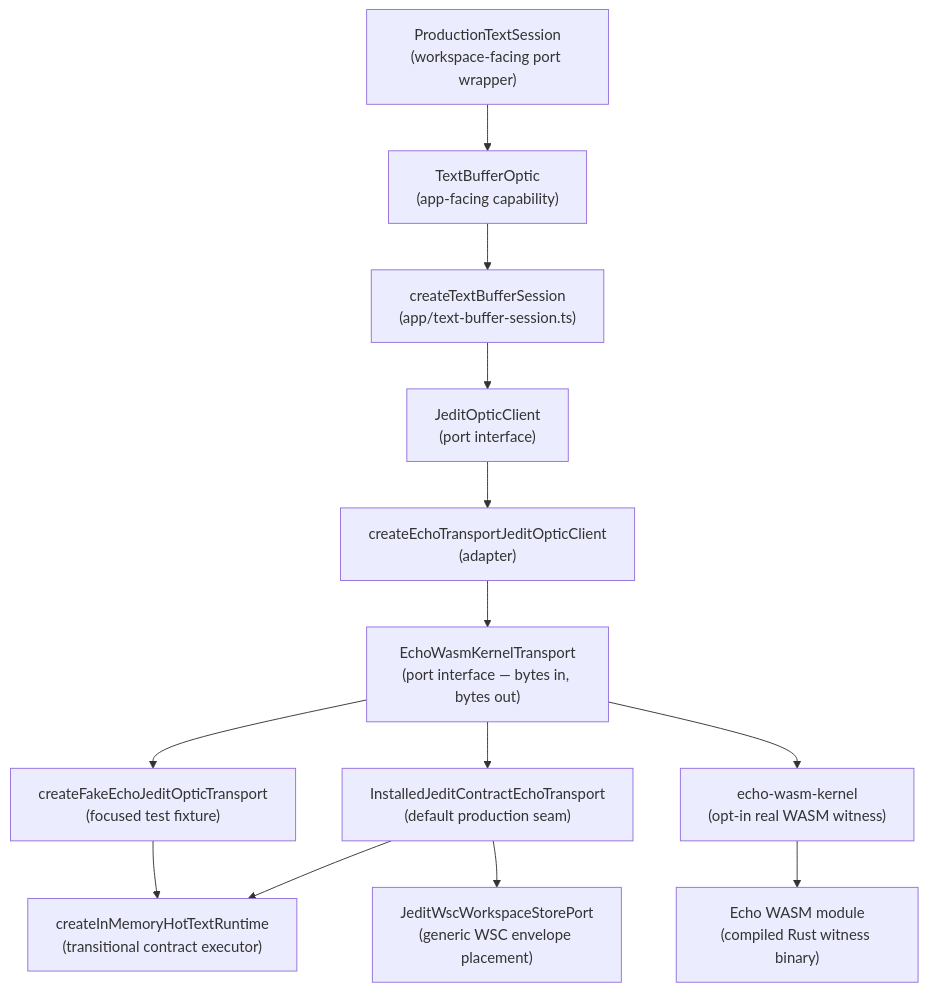
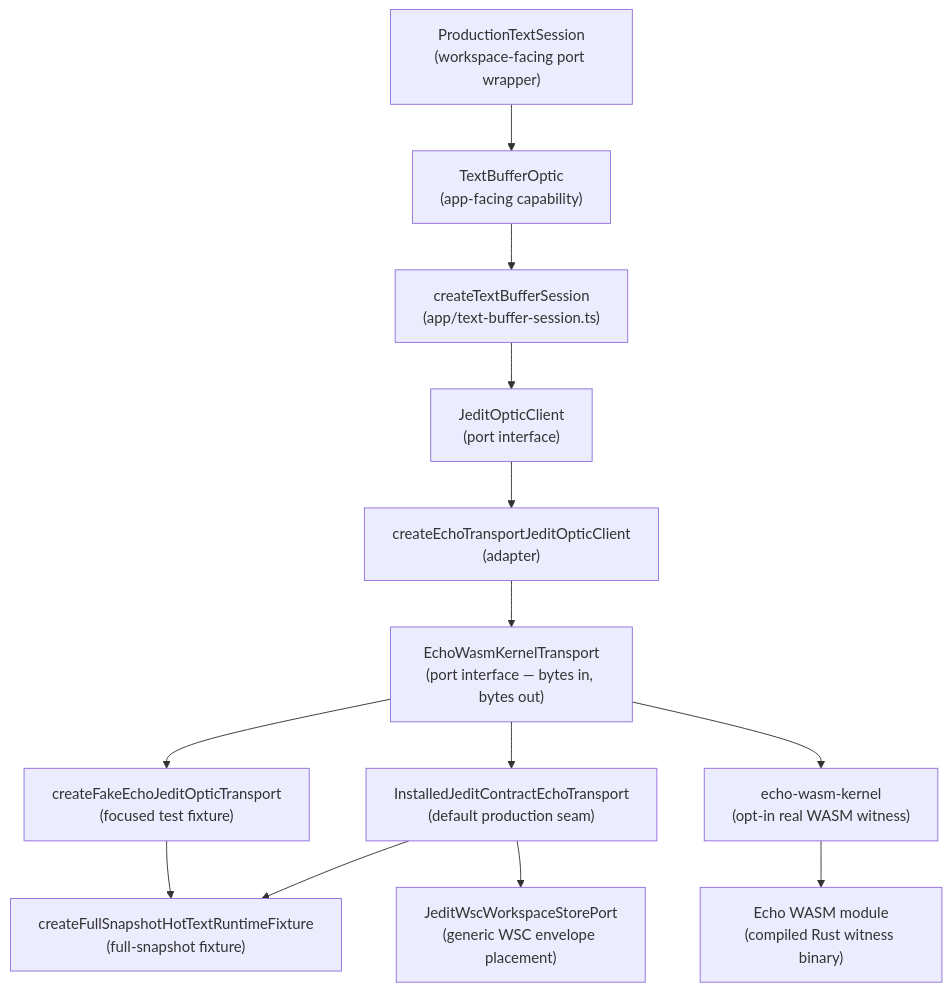
Diagram 16 of 22 in docs/technical-teardown.md (flyingrobots/jedit), drawn with Mermaid before and after one commit. The commit also changed other lines of this file and 29 other files, not shown here.

Commit message:
Fix: quarantine full snapshot text runtime

````diff
--- a/docs/technical-teardown.md
+++ b/docs/technical-teardown.md
@@ -1317,28 +1317,28 @@
 ```mermaid
 graph TD
     PROD["ProductionTextSession<br />(workspace-facing port wrapper)"]
     OPTIC["TextBufferOptic<br />(app-facing capability)"]
     SESSION["createTextBufferSession<br />(app/text-buffer-session.ts)"]
     CLIENT["JeditOpticClient<br />(port interface)"]
     TRANSPORT_CLIENT["createEchoTransportJeditOpticClient<br />(adapter)"]
     TRANSPORT["EchoWasmKernelTransport<br />(port interface — bytes in, bytes out)"]
     INSTALLED["InstalledJeditContractEchoTransport<br />(default production seam)"]
     FAKE["createFakeEchoJeditOpticTransport<br />(focused test fixture)"]
     WITNESS["echo-wasm-kernel<br />(opt-in real WASM witness)"]
-    HOT["createInMemoryHotTextRuntime<br />(transitional contract executor)"]
+    HOT["createFullSnapshotHotTextRuntimeFixture<br />(full-snapshot fixture)"]
     WSC["JeditWscWorkspaceStorePort<br />(generic WSC envelope placement)"]
     WASM["Echo WASM module<br />(compiled Rust witness binary)"]
 
     PROD --> OPTIC
     OPTIC --> SESSION
     SESSION --> CLIENT
     CLIENT --> TRANSPORT_CLIENT
     TRANSPORT_CLIENT --> TRANSPORT
     TRANSPORT --> INSTALLED
     TRANSPORT --> FAKE
     TRANSPORT --> WITNESS
     INSTALLED --> HOT
     INSTALLED --> WSC
     FAKE --> HOT
     WITNESS --> WASM
 ```
````
